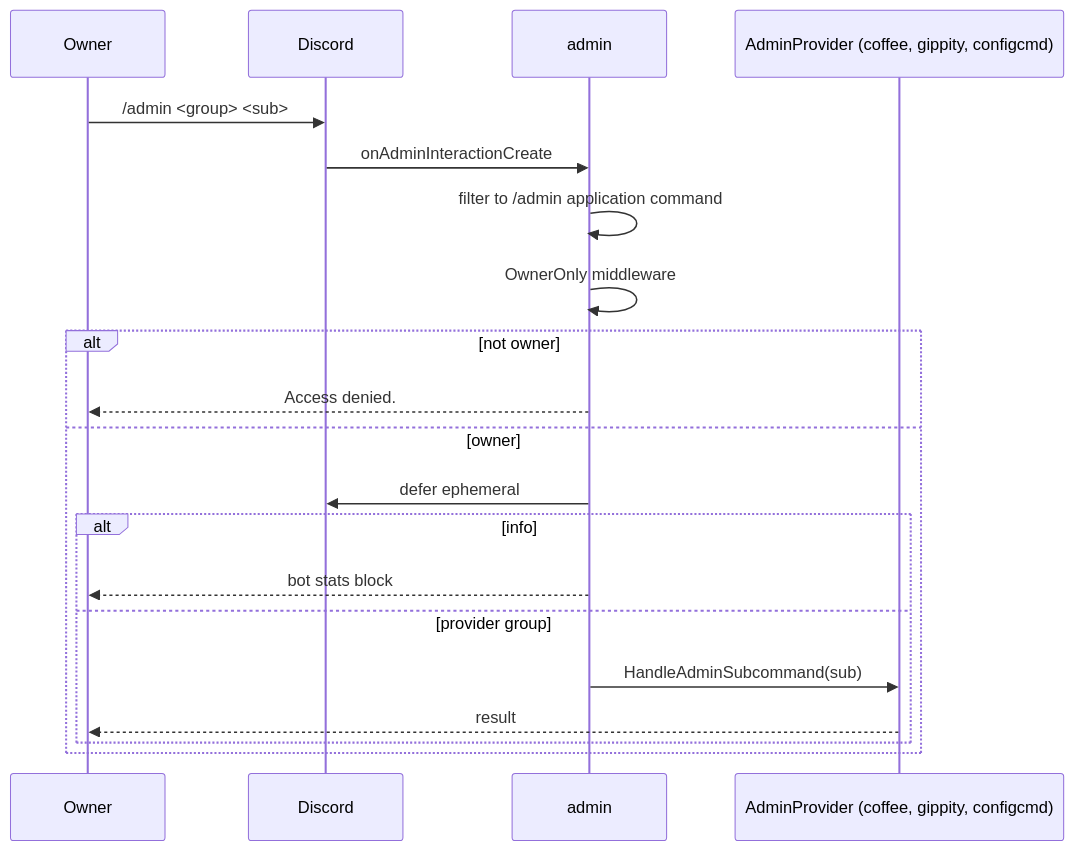
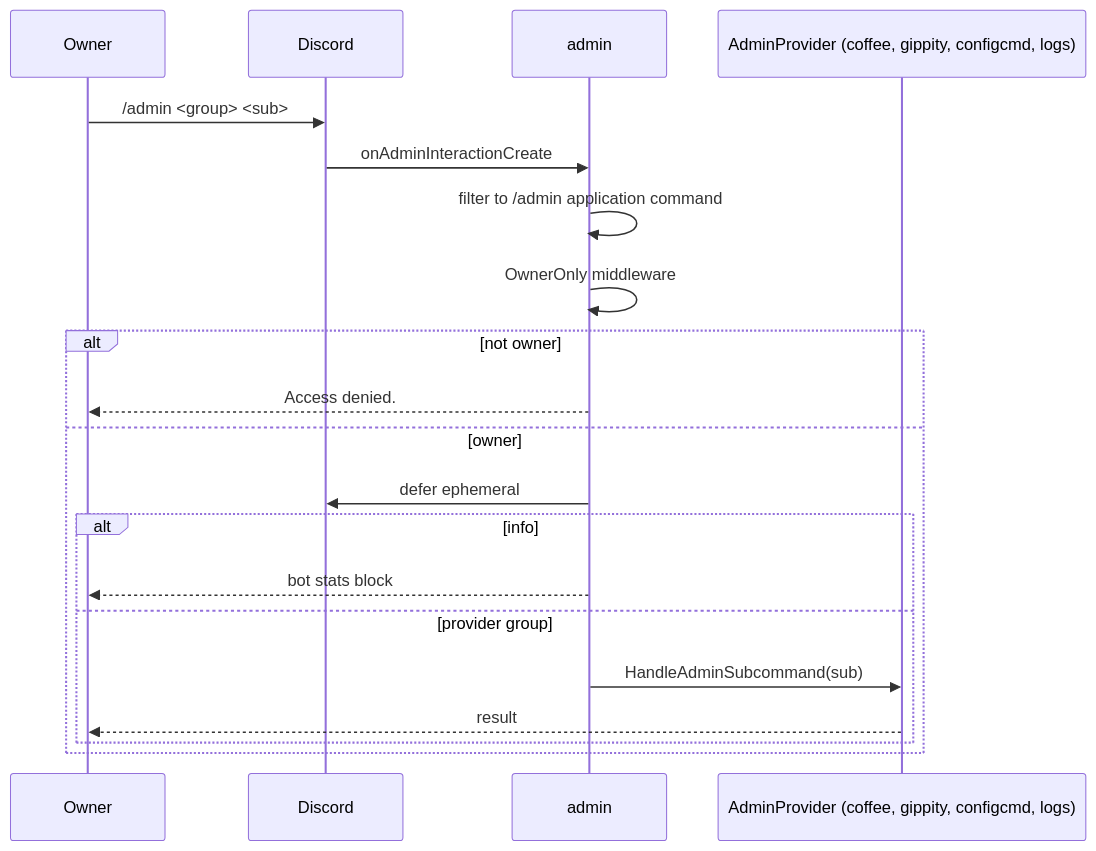
The diagram in docs/modules/admin.md (toksikk/gidbig), drawn with Mermaid before and after one commit. The commit also changed other lines of this file and 19 other files, not shown here.

First line of the commit message:
logs (#373): read the bot's own log lines from /admin logs and the web panel

````diff
--- a/docs/modules/admin.md
+++ b/docs/modules/admin.md
@@ -15,23 +15,23 @@
 ```mermaid
 sequenceDiagram
     participant O as Owner
     participant D as Discord
     participant A as admin
-    participant P as AdminProvider (coffee, gippity, configcmd)
+    participant P as AdminProvider (coffee, gippity, configcmd, logs)
 
     O->>D: /admin <group> <sub>
     D->>A: onAdminInteractionCreate
     A->>A: filter to /admin application command
     A->>A: OwnerOnly middleware
     alt not owner
         A-->>O: Access denied.
     else owner
         A->>D: defer ephemeral
         alt info
             A-->>O: bot stats block
         else provider group
             A->>P: HandleAdminSubcommand(sub)
             P-->>O: result
         end
     end
 ```
````
